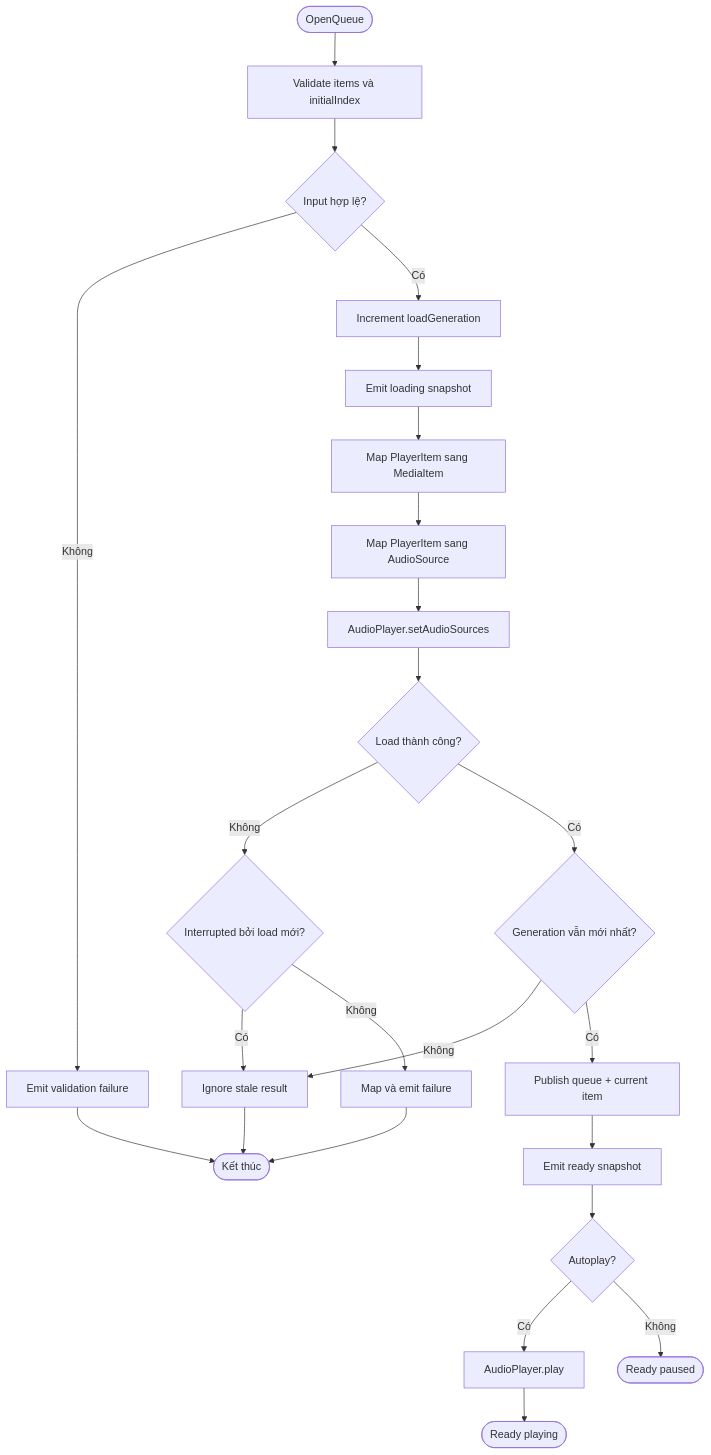
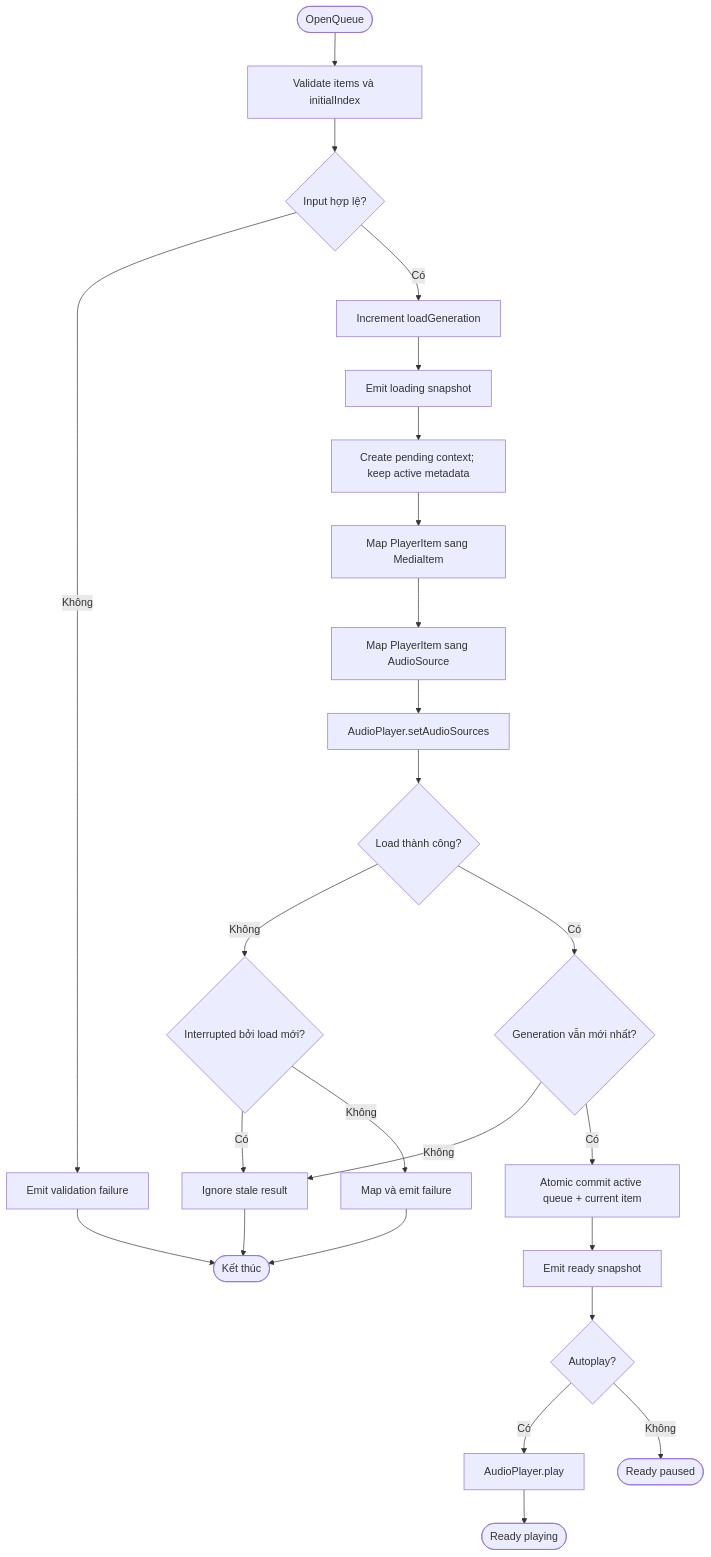
Before and after one commit to ViUniverse/ViListen: diagram 25 of 29 in docs/player-behavioral-diagrams.md, drawn with Mermaid. The commit also changed other lines of this file and 4 other files, not shown here.

````diff
--- a/docs/player-behavioral-diagrams.md
+++ b/docs/player-behavioral-diagrams.md
@@ -1031,26 +1126,27 @@
 ```mermaid
 flowchart TD
     A([OpenQueue]) --> B[Validate items và initialIndex]
     B --> C{Input hợp lệ?}
     C -->|Không| D[Emit validation failure]
     C -->|Có| E[Increment loadGeneration]
     E --> F[Emit loading snapshot]
-    F --> G[Map PlayerItem sang MediaItem]
-    G --> H[Map PlayerItem sang AudioSource]
+    F --> G[Create pending context; keep active metadata]
+    G --> G1[Map PlayerItem sang MediaItem]
+    G1 --> H[Map PlayerItem sang AudioSource]
     H --> I[AudioPlayer.setAudioSources]
     I --> J{Load thành công?}
     J -->|Không| K{Interrupted bởi load mới?}
     K -->|Có| L[Ignore stale result]
     K -->|Không| M[Map và emit failure]
     J -->|Có| N{Generation vẫn mới nhất?}
     N -->|Không| L
-    N -->|Có| O[Publish queue + current item]
+    N -->|Có| O[Atomic commit active queue + current item]
     O --> P[Emit ready snapshot]
     P --> Q{Autoplay?}
     Q -->|Có| R[AudioPlayer.play]
     Q -->|Không| S([Ready paused])
     R --> T([Ready playing])
     D --> U([Kết thúc])
     L --> U
     M --> U
 ```
````
